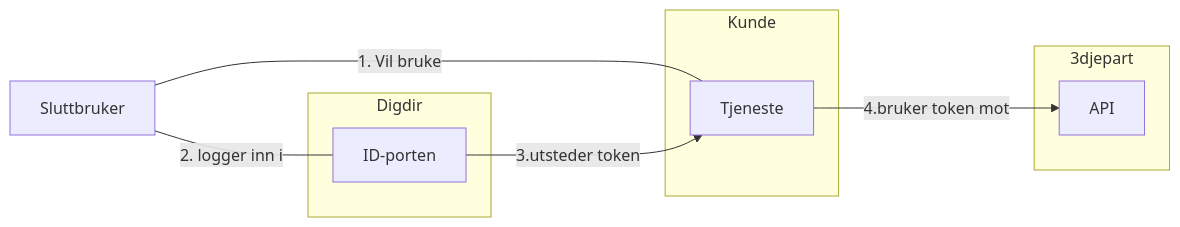
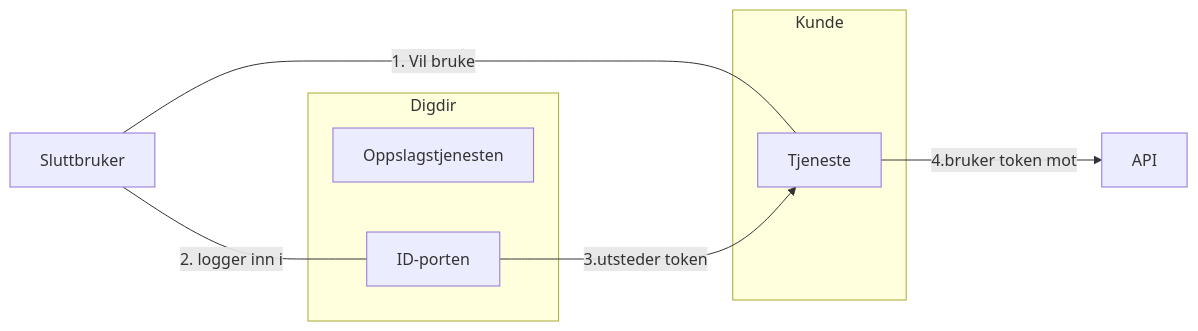
The second of 2 diagrams in _docs/Kontaktregisteret/krr_arkitektur.md (felleslosninger/docs), drawn with Mermaid before and after one commit. The commit also changed other lines of this file, not shown here.

```diff
--- a/_docs/Kontaktregisteret/krr_arkitektur.md
+++ b/_docs/Kontaktregisteret/krr_arkitektur.md
@@ -35,16 +35,16 @@
  <div class="mermaid">
  graph LR
-   subgraph 3djepart
-     API
+   subgraph Digdir
+     Oppslagstjenesten[Oppslagstjenesten]
    end
    subgraph Digdir
      OIDC[ID-porten]
    end
    subgraph Kunde
       ny[Tjeneste]
    end
    Sluttbruker ---|1. Vil bruke|ny
    OIDC -->|3.utsteder token|ny
    Sluttbruker ---|2. logger inn i  |OIDC
    ny -->|4.bruker token mot|API
  </div>
```
